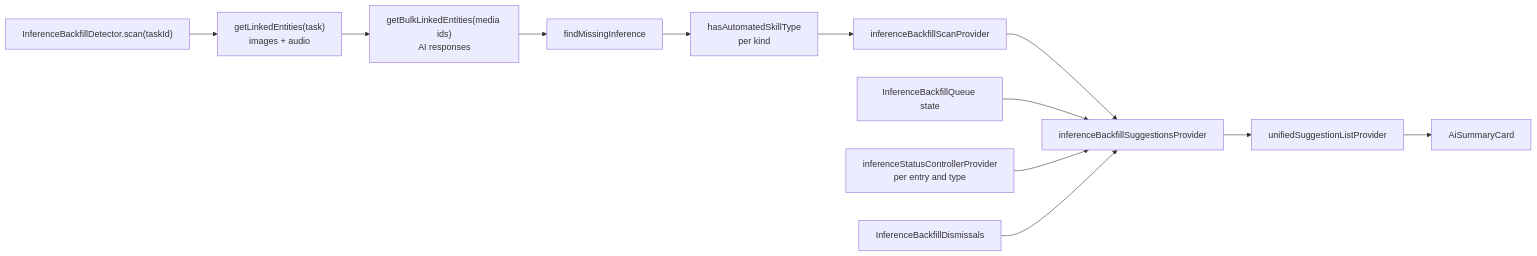
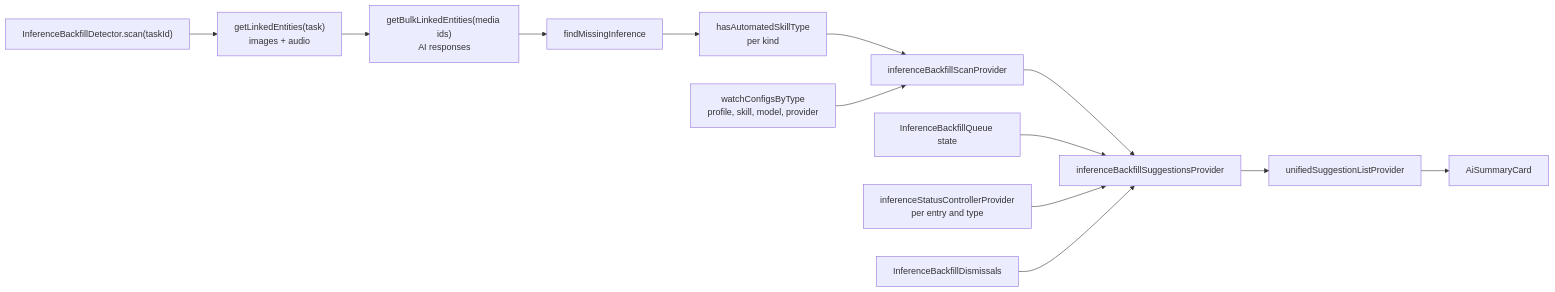
One commit to matthiasn/lotti changed the first of 2 diagrams in knowledge/features/ai/inference-backfill.md. Above: the diagram before and after it, drawn with Mermaid. The commit also changed other lines of this file and 2 other files, not shown here.

First line of the commit message:
fix(ai): rescan backfill on AI config changes and drop superseded scans

````diff
--- a/knowledge/features/ai/inference-backfill.md
+++ b/knowledge/features/ai/inference-backfill.md
@@ -96,14 +96,15 @@
 ```mermaid
 flowchart LR
   Scan["InferenceBackfillDetector.scan(taskId)"] --> Links["getLinkedEntities(task)<br/>images + audio"]
   Links --> Bulk["getBulkLinkedEntities(media ids)<br/>AI responses"]
   Bulk --> Rule["findMissingInference"]
   Rule --> Gate["hasAutomatedSkillType<br/>per kind"]
   Gate --> ScanProvider["inferenceBackfillScanProvider"]
+  Config["watchConfigsByType<br/>profile, skill, model, provider"] --> ScanProvider
   ScanProvider --> List["inferenceBackfillSuggestionsProvider"]
   Queue["InferenceBackfillQueue state"] --> List
   Status["inferenceStatusControllerProvider<br/>per entry and type"] --> List
   Dismissed["InferenceBackfillDismissals"] --> List
   List --> Unified["unifiedSuggestionListProvider"]
   Unified --> Card["AiSummaryCard"]
 ```
````
